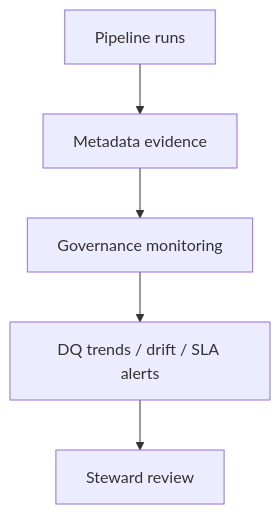
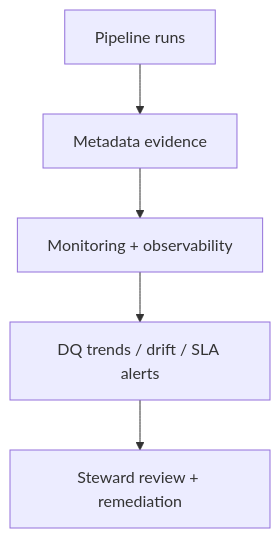
The sixth of 6 diagrams in docs/quick-start.md (Voycepeh/FabricOps-Starter-Kit), drawn with Mermaid before and after one commit. The commit also changed other lines of this file, not shown here.

````diff
--- a/docs/quick-start.md
+++ b/docs/quick-start.md
@@ -201,7 +210,7 @@
 ```mermaid
 flowchart TD
     A[Pipeline runs] --> B[Metadata evidence]
-    B --> C[Governance monitoring]
+    B --> C[Monitoring + observability]
     C --> D[DQ trends / drift / SLA alerts]
-    D --> E[Steward review]
+    D --> E[Steward review + remediation]
 ```
````
